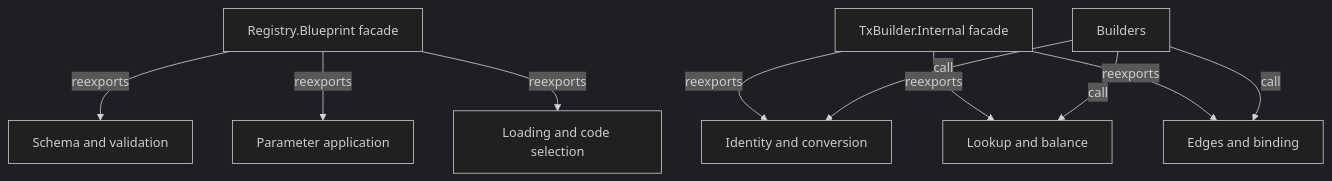
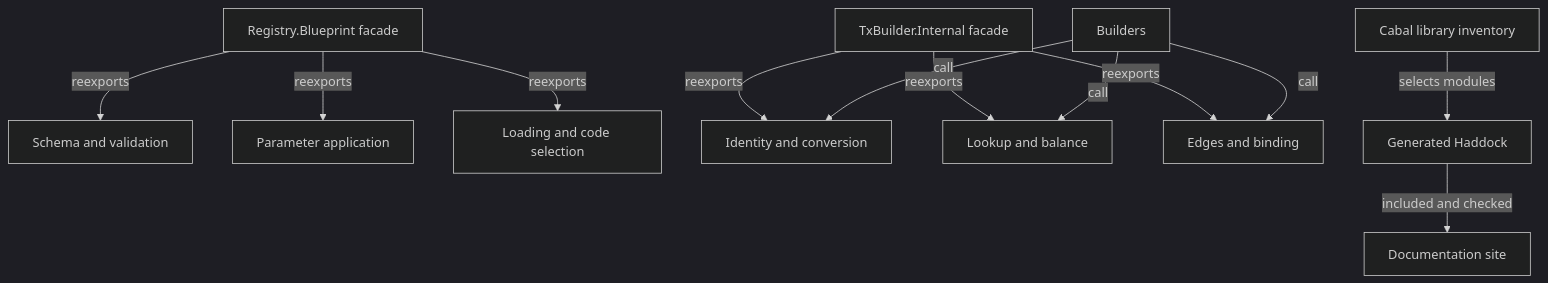
Before and after one commit to lambdasistemi/singular: the diagram in specs/265-builder-blueprint-structure/modules-model.md, drawn with Mermaid (dark theme). The commit also changed other lines of this file and 9 other files, not shown here.

First line of the commit message:
docs: bind generated API reference scope

````diff
--- a/specs/265-builder-blueprint-structure/modules-model.md
+++ b/specs/265-builder-blueprint-structure/modules-model.md
@@ -6,12 +6,14 @@
 ```mermaid
 flowchart TD
     BP[Registry.Blueprint facade] -->|reexports| BS[Schema and validation]
     BP -->|reexports| BA[Parameter application]
     BP -->|reexports| BL[Loading and code selection]
     TI[TxBuilder.Internal facade] -->|reexports| BI[Identity and conversion]
     TI -->|reexports| BU[Lookup and balance]
     TI -->|reexports| BE[Edges and binding]
     Builder[Builders] -->|call| BI
     Builder -->|call| BU
     Builder -->|call| BE
+    Cabal[Cabal library inventory] -->|selects modules| API[Generated Haddock]
+    API -->|included and checked| Site[Documentation site]
 ```
````
